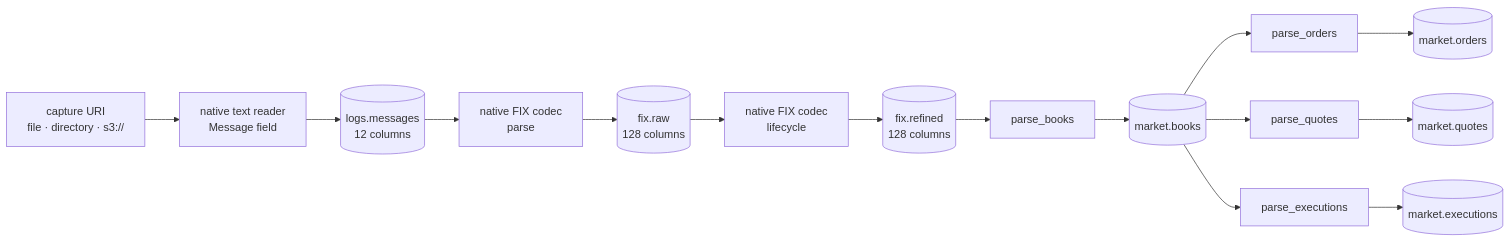
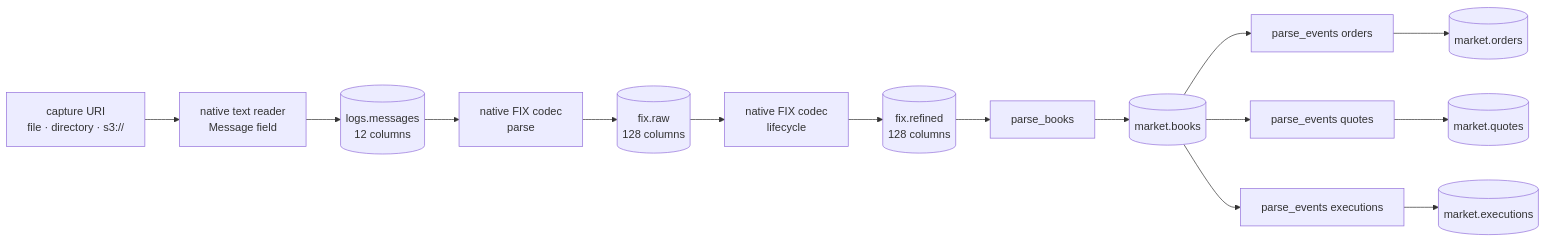
Before and after one commit to Platob/yggfin: the diagram in docs/index.md, drawn with Mermaid. The commit also changed other lines of this file and 117 other files, not shown here.

````diff
--- a/docs/index.md
+++ b/docs/index.md
@@ -49,13 +69,13 @@
 ```mermaid
 flowchart LR
     S["capture URI<br/>file · directory · s3://"] --> T["native text reader<br/>Message field"]
     T --> M[("logs.messages<br/>12 columns")]
     M --> F["native FIX codec<br/>parse"]
     F --> B[("fix.raw<br/>128 columns")]
     B --> L["native FIX codec<br/>lifecycle"]
     L --> O[("fix.refined<br/>128 columns")]
     O --> K["parse_books"] --> BK[("market.books")]
-    BK --> PO["parse_orders"] --> OT[("market.orders")]
-    BK --> PQ["parse_quotes"] --> QT[("market.quotes")]
-    BK --> PE["parse_executions"] --> ET[("market.executions")]
+    BK --> PO["parse_events orders"] --> OT[("market.orders")]
+    BK --> PQ["parse_events quotes"] --> QT[("market.quotes")]
+    BK --> PE["parse_events executions"] --> ET[("market.executions")]
 ```
````
